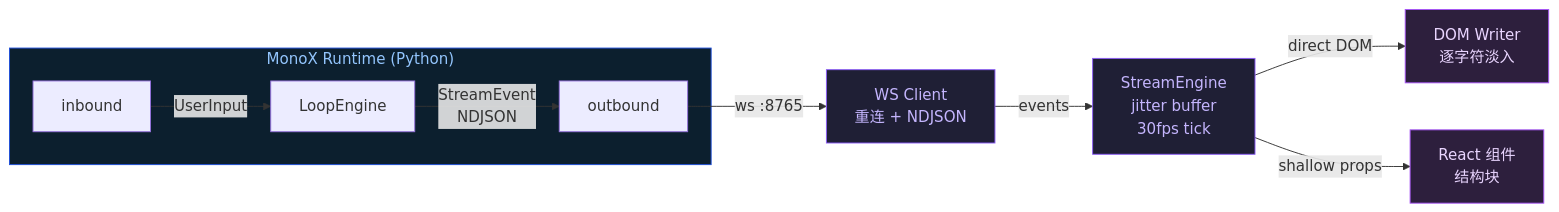
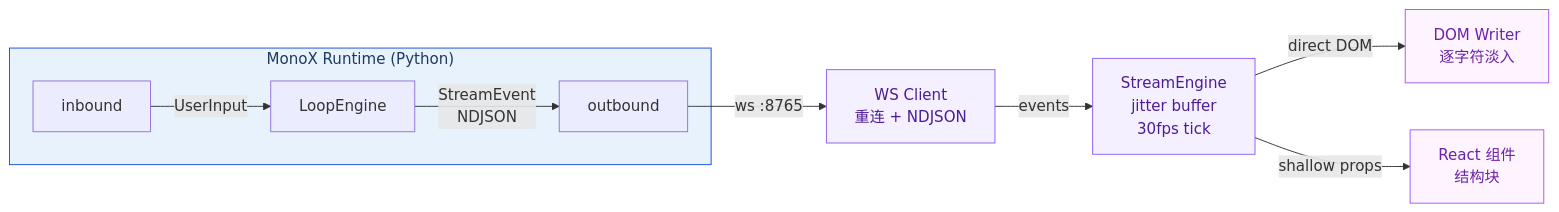
The diagram in README_zh.md (halcyonway/MonoDesk), drawn with Mermaid before and after one commit. The commit also changed other lines of this file and 3 other files, not shown here.

Commit message:
docs: add logos (EN/ZH), fix mermaid to light theme

````diff
--- a/README_zh.md
+++ b/README_zh.md
@@ -21,19 +25,19 @@
 ```mermaid
 flowchart LR
     subgraph MonoX["MonoX Runtime (Python)"]
         Loop["LoopEngine"]
         Loop -->|"StreamEvent<br/>NDJSON"| Out["outbound"]
         In["inbound"] -->|"UserInput"| Loop
     end
 
     Out -->|"ws :8765"| WS["WS Client<br/>重连 + NDJSON"]
     WS -->|"events"| Engine["StreamEngine<br/>jitter buffer<br/>30fps tick"]
     Engine -->|"direct DOM"| DOM["DOM Writer<br/>逐字符淡入"]
     Engine -->|"shallow props"| React["React 组件<br/>结构块"]
 
-    style MonoX fill:#0c1f2e,stroke:#1d4ed8,color:#93c5fd
-    style WS fill:#1f1f35,stroke:#8b5cf6,color:#c4b5fd
-    style Engine fill:#1f1f35,stroke:#8b5cf6,color:#c4b5fd
-    style DOM fill:#2d1f3d,stroke:#a855f7,color:#e9d5ff
-    style React fill:#2d1f3d,stroke:#a855f7,color:#e9d5ff
+    style MonoX fill:#e8f2fc,stroke:#1d4ed8,color:#1e3a5f
+    style WS fill:#f5f0ff,stroke:#8b5cf6,color:#4c1d95
+    style Engine fill:#f5f0ff,stroke:#8b5cf6,color:#4c1d95
+    style DOM fill:#fdf4ff,stroke:#a855f7,color:#6b21a8
+    style React fill:#fdf4ff,stroke:#a855f7,color:#6b21a8
 ```
````
